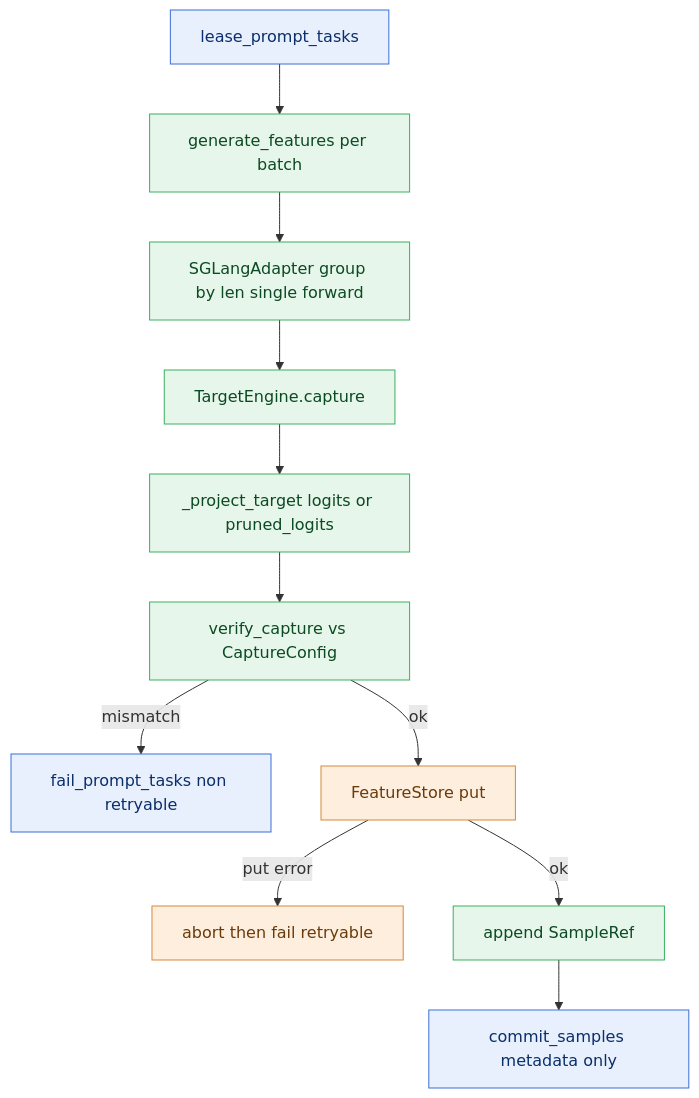
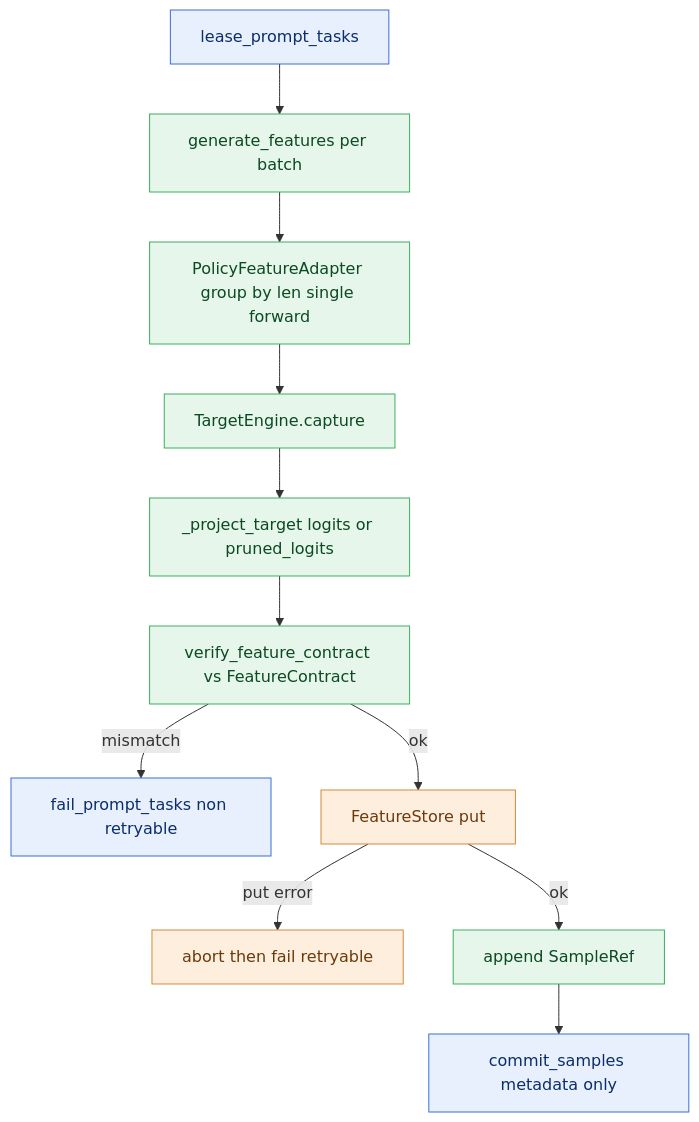
One commit to sgl-project/SpecForge changed the diagram in specforge/inference/DESIGN.md. Above: the diagram before and after it, drawn with Mermaid. The commit also changed other lines of this file and 28 other files, not shown here.

````diff
--- a/specforge/inference/DESIGN.md
+++ b/specforge/inference/DESIGN.md
@@ -14,22 +14,22 @@
 ```mermaid
 flowchart TD
   classDef compute fill:#e6f6ea,stroke:#3bb061,color:#0b4a22;
   classDef control fill:#e8f0fe,stroke:#3b6fd6,color:#0b2e6b;
   classDef data fill:#fdeede,stroke:#d6893b,color:#6b3a0b;
 
   A[lease_prompt_tasks] --> B[generate_features per batch]
-  B --> C[SGLangAdapter group by len single forward]
+  B --> C[PolicyFeatureAdapter group by len single forward]
   C --> D[TargetEngine.capture]
   D --> E[_project_target logits or pruned_logits]
-  E --> F[verify_capture vs CaptureConfig]
+  E --> F[verify_feature_contract vs FeatureContract]
   F -->|mismatch| G[fail_prompt_tasks non retryable]
   F -->|ok| H[FeatureStore put]
   H -->|put error| I[abort then fail retryable]
   H -->|ok| J[append SampleRef]
   J --> K[commit_samples metadata only]
 
   class A,K control;
   class B,C,D,E,F,J compute;
   class H,I data;
   class G control;
 ```
````
